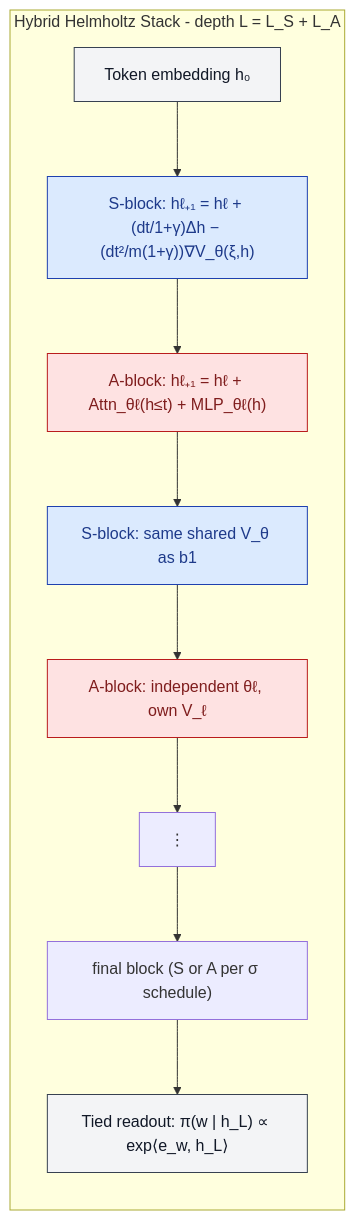
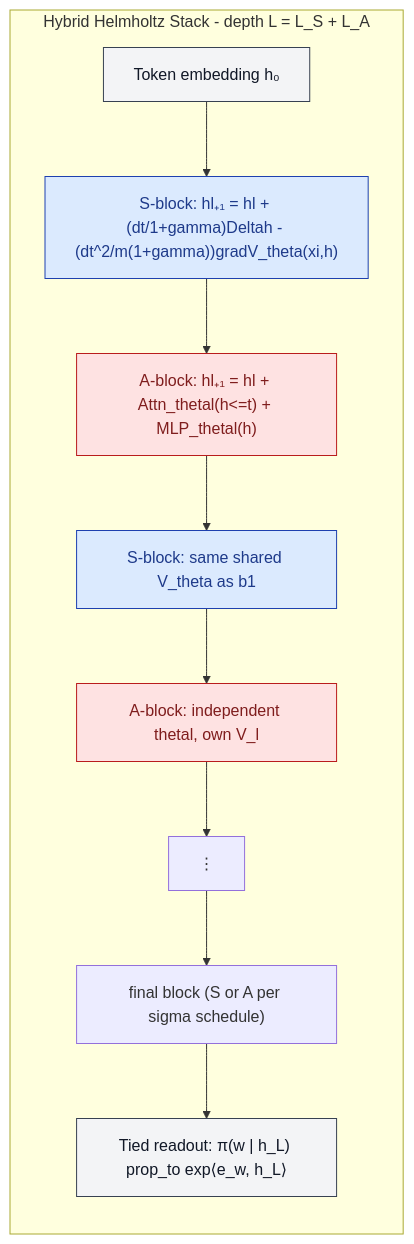
The first of 2 diagrams in companion_notes/Scalar_Potential_based_Helmholtz_Architecture.md (dimitarpg13/semsimula-paper), drawn with Mermaid before and after one commit. The commit also changed other lines of this file and 36 other files, not shown here.

First line of the commit message:
Sync companion notes: Claim A status update, Mermaid/LaTeX fixes, new files

````diff
--- a/companion_notes/Scalar_Potential_based_Helmholtz_Architecture.md
+++ b/companion_notes/Scalar_Potential_based_Helmholtz_Architecture.md
@@ -70,21 +70,21 @@
 ```mermaid
 flowchart TB
     subgraph stack [Hybrid Helmholtz Stack - depth L = L_S + L_A]
         direction TB
         emb["Token embedding h₀"] --> b1
-        b1["S-block: hℓ₊₁ = hℓ + (dt/1+γ)Δh − (dt²/m(1+γ))∇V_θ(ξ,h)"]
-        b1 --> b2["A-block: hℓ₊₁ = hℓ + Attn_θℓ(h≤t) + MLP_θℓ(h)"]
-        b2 --> b3["S-block: same shared V_θ as b1"]
-        b3 --> b4["A-block: independent θℓ, own V_ℓ"]
+        b1["S-block: hl₊₁ = hl + (dt/1+gamma)Deltah - (dt^2/m(1+gamma))gradV_theta(xi,h)"]
+        b1 --> b2["A-block: hl₊₁ = hl + Attn_thetal(h<=t) + MLP_thetal(h)"]
+        b2 --> b3["S-block: same shared V_theta as b1"]
+        b3 --> b4["A-block: independent thetal, own V_l"]
         b4 --> bdots["⋮"]
-        bdots --> bL["final block (S or A per σ schedule)"]
-        bL --> readout["Tied readout: π(w | h_L) ∝ exp⟨e_w, h_L⟩"]
+        bdots --> bL["final block (S or A per sigma schedule)"]
+        bL --> readout["Tied readout: π(w | h_L) prop_to exp⟨e_w, h_L⟩"]
     end
 
     classDef sblock fill:#dbeafe,stroke:#1e40af,color:#1e3a8a
     classDef ablock fill:#fee2e2,stroke:#b91c1c,color:#7f1d1d
     classDef io fill:#f3f4f6,stroke:#374151,color:#111827
     class b1,b3 sblock
     class b2,b4 ablock
     class emb,readout io
 ```
````
